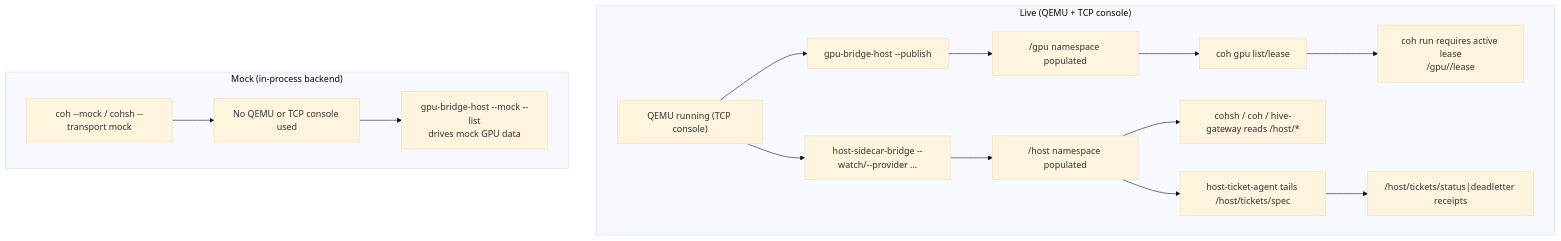
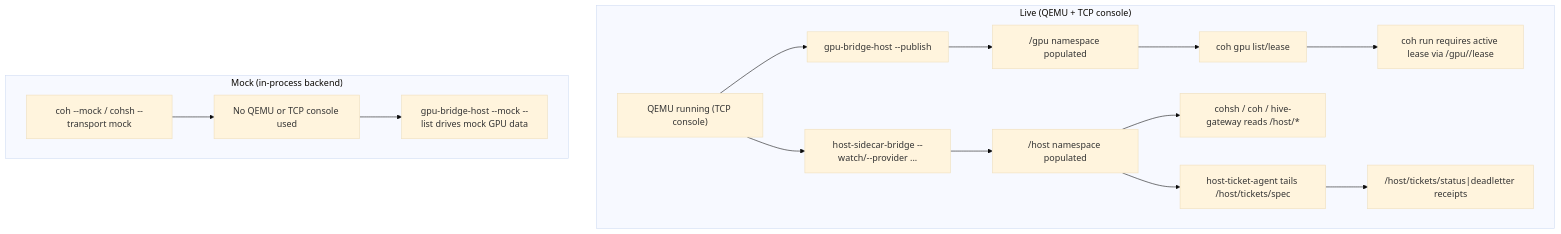
One commit to lukeb-aidev/cohesix changed the third of 3 diagrams in docs/HOST_TOOLS.md. Above: the diagram before and after it, drawn with Mermaid (base theme). The commit also changed other lines of this file and 100 other files, not shown here.

````diff
--- a/docs/HOST_TOOLS.md
+++ b/docs/HOST_TOOLS.md
@@ -873,18 +873,18 @@
 ```mermaid
 flowchart TD
   subgraph Live["Live (QEMU + TCP console)"]
     L1["QEMU running (TCP console)"] --> L2["gpu-bridge-host --publish"]
     L2 --> L3["/gpu namespace populated"]
     L3 --> L4["coh gpu list/lease"]
-    L4 --> L5["coh run requires active lease<br/>/gpu/<id>/lease"]
+    L4 --> L5["coh run requires active lease via /gpu/<id>/lease"]
     L1 --> L6["host-sidecar-bridge --watch/--provider ..."]
     L6 --> L7["/host namespace populated"]
     L7 --> L8["cohsh / coh / hive-gateway reads /host/*"]
     L7 --> L9["host-ticket-agent tails /host/tickets/spec"]
     L9 --> L10["/host/tickets/status|deadletter receipts"]
   end
   subgraph Mock["Mock (in-process backend)"]
     M1["coh --mock / cohsh --transport mock"] --> M2["No QEMU or TCP console used"]
-    M2 --> M3["gpu-bridge-host --mock --list<br/>drives mock GPU data"]
+    M2 --> M3["gpu-bridge-host --mock --list drives mock GPU data"]
   end
 ```
````
